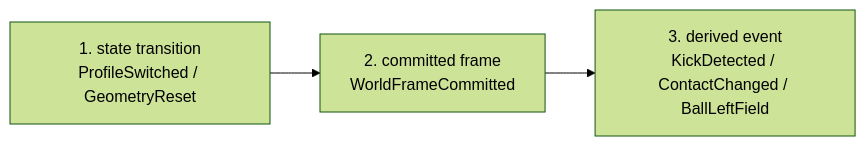
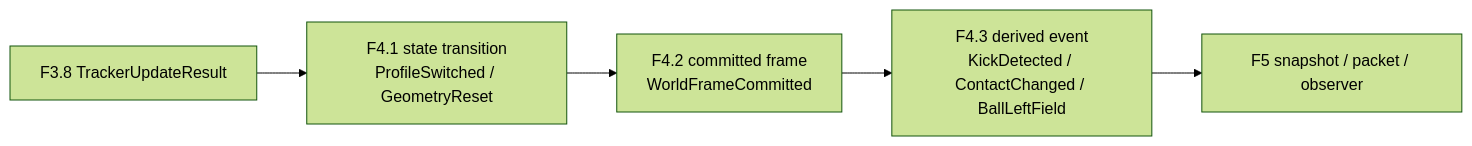
One commit to ibis-ssl/Duck changed the eighth of 11 diagrams in Tracker/Design/Core/tracker-architecture-plan.md. Above: the diagram before and after it, drawn with Mermaid (forest theme). The commit also changed other lines of this file, not shown here.

Commit message:
docs(tracker): 全体フローと詳細図の対応を明示する

````diff
--- a/Tracker/Design/Core/tracker-architecture-plan.md
+++ b/Tracker/Design/Core/tracker-architecture-plan.md
@@ -265,8 +344,10 @@
 ```mermaid
 flowchart LR
-    Transition["1. state transition<br/>ProfileSwitched / GeometryReset"]
-    Frame["2. committed frame<br/>WorldFrameCommitted"]
-    Derived["3. derived event<br/>KickDetected / ContactChanged / BallLeftField"]
+    Result["F3.8 TrackerUpdateResult"]
+    Transition["F4.1 state transition<br/>ProfileSwitched / GeometryReset"]
+    Frame["F4.2 committed frame<br/>WorldFrameCommitted"]
+    Derived["F4.3 derived event<br/>KickDetected / ContactChanged / BallLeftField"]
+    Output["F5 snapshot / packet / observer"]
 
-    Transition --> Frame --> Derived
+    Result --> Transition --> Frame --> Derived --> Output
 ```
````
